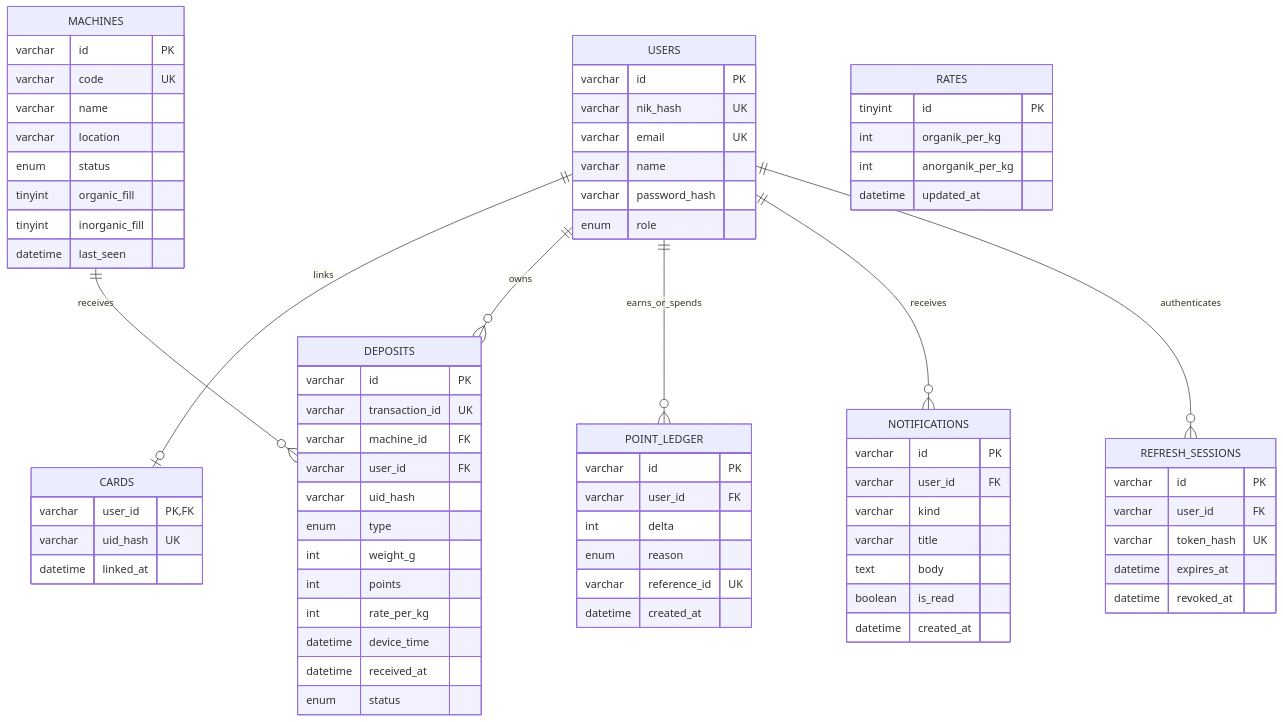
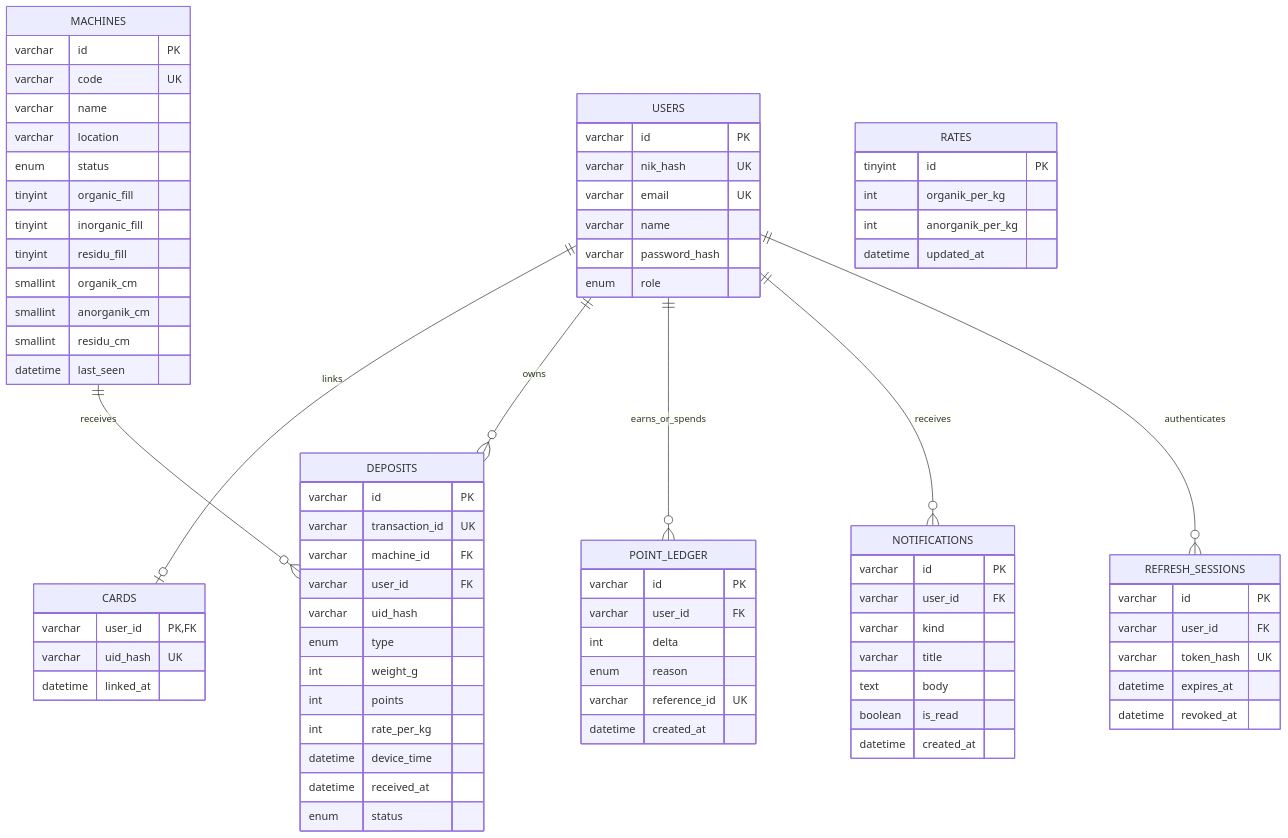
One commit to ramadhanjp2/smartbin changed the diagram in README.md. Above: the diagram before and after it, drawn with Mermaid. The commit also changed other lines of this file and 37 other files, not shown here.

````diff
--- a/README.md
+++ b/README.md
@@ -530,76 +582,80 @@
 ```mermaid
 erDiagram
     USERS ||--o| CARDS : links
     USERS ||--o{ DEPOSITS : owns
     MACHINES ||--o{ DEPOSITS : receives
     USERS ||--o{ POINT_LEDGER : earns_or_spends
     USERS ||--o{ NOTIFICATIONS : receives
     USERS ||--o{ REFRESH_SESSIONS : authenticates
     USERS {
         varchar id PK
         varchar nik_hash UK
         varchar email UK
         varchar name
         varchar password_hash
         enum role
     }
     CARDS {
         varchar user_id PK, FK
         varchar uid_hash UK
         datetime linked_at
     }
     MACHINES {
         varchar id PK
         varchar code UK
         varchar name
         varchar location
         enum status
         tinyint organic_fill
         tinyint inorganic_fill
+        tinyint residu_fill
+        smallint organik_cm
+        smallint anorganik_cm
+        smallint residu_cm
         datetime last_seen
     }
     DEPOSITS {
         varchar id PK
         varchar transaction_id UK
         varchar machine_id FK
         varchar user_id FK
         varchar uid_hash
         enum type
         int weight_g
         int points
         int rate_per_kg
         datetime device_time
         datetime received_at
         enum status
     }
     POINT_LEDGER {
         varchar id PK
         varchar user_id FK
         int delta
         enum reason
         varchar reference_id UK
         datetime created_at
     }
     RATES {
         tinyint id PK
         int organik_per_kg
         int anorganik_per_kg
         datetime updated_at
     }
     NOTIFICATIONS {
         varchar id PK
         varchar user_id FK
         varchar kind
         varchar title
         text body
         boolean is_read
         datetime created_at
     }
     REFRESH_SESSIONS {
         varchar id PK
         varchar user_id FK
         varchar token_hash UK
         datetime expires_at
         datetime revoked_at
     }
 ```
````
